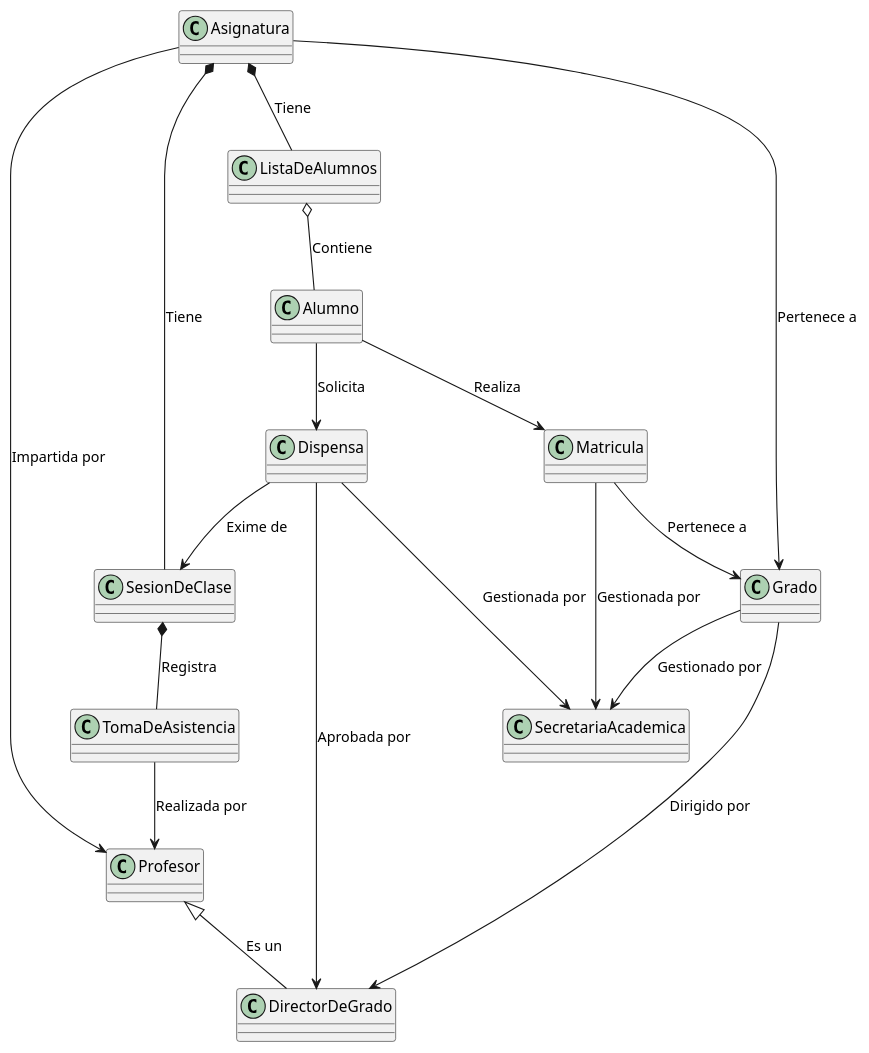
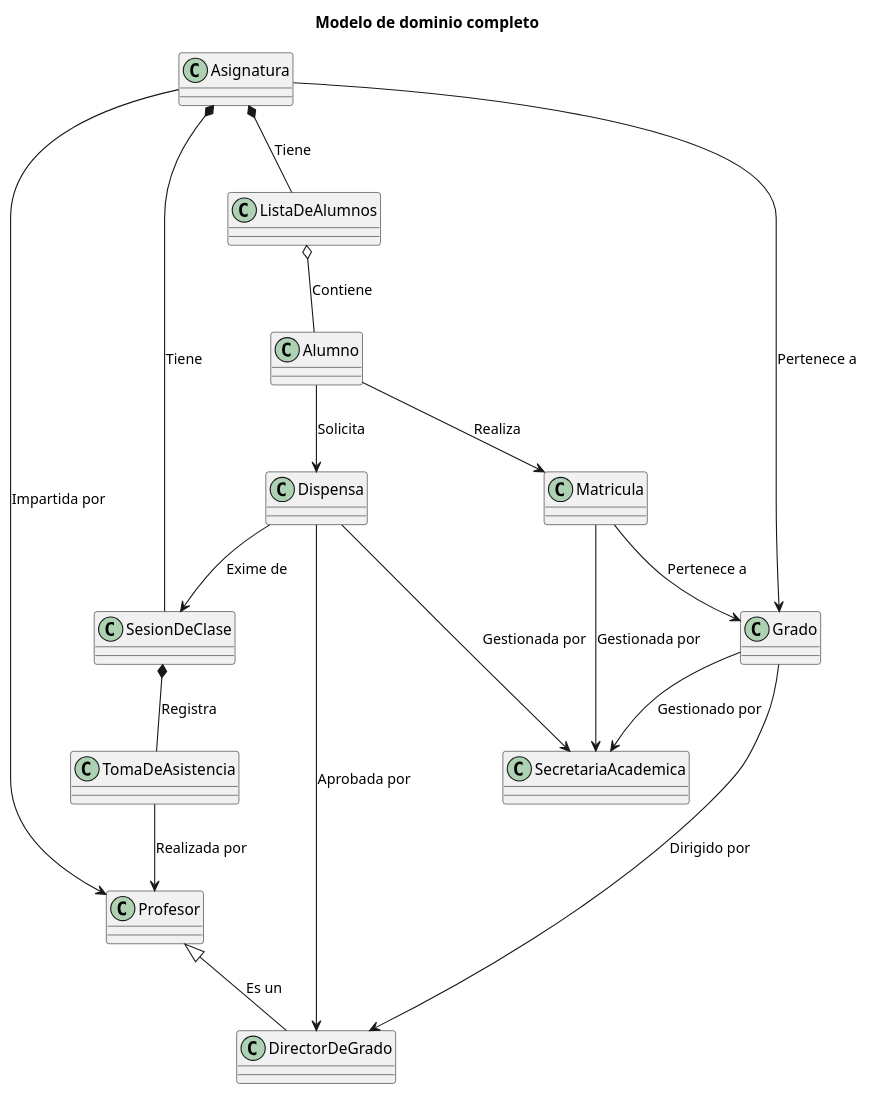
The diagram in documents/ModeloDelDominio/DiagramasDeClase/saulDeCos/ModeloCompleto/ModeloCompleto.puml (enmabry/25-26-IdSw1-SdR), drawn with PlantUML before and after one commit. The commit also changed 5 other files, not shown here.

Commit message:
Diagramas de estado Dispensas y Grado y titulo añadido a MdD

```diff
--- a/documents/ModeloDelDominio/DiagramasDeClase/saulDeCos/ModeloCompleto/ModeloCompleto.puml
+++ b/documents/ModeloDelDominio/DiagramasDeClase/saulDeCos/ModeloCompleto/ModeloCompleto.puml
@@ -1,33 +1,35 @@
 @startuml
+
+title Modelo de dominio completo
 
 class Alumno
 class Matricula
 class Asignatura
 class Dispensa
 class TomaDeAsistencia
 class ListaDeAlumnos
 class Profesor
 class Grado
 class DirectorDeGrado
 class SecretariaAcademica 
 class SesionDeClase
 
 Alumno --> Matricula : Realiza
 Alumno --> Dispensa : Solicita
 Matricula --> Grado : Pertenece a
 Matricula --> SecretariaAcademica : Gestionada por
 Asignatura --> Grado : Pertenece a
 Asignatura *-- ListaDeAlumnos : Tiene
 Asignatura *-- SesionDeClase : Tiene
 Asignatura --> Profesor : Impartida por
 ListaDeAlumnos o-- Alumno : Contiene
 SesionDeClase *-- TomaDeAsistencia : Registra
 TomaDeAsistencia --> Profesor : Realizada por
 Dispensa --> SesionDeClase : Exime de
 Dispensa --> DirectorDeGrado : Aprobada por
 Dispensa --> SecretariaAcademica : Gestionada por
 Grado --> DirectorDeGrado : Dirigido por
 Grado --> SecretariaAcademica : Gestionado por
 DirectorDeGrado -u-|> Profesor : Es un
 
 @enduml
```
